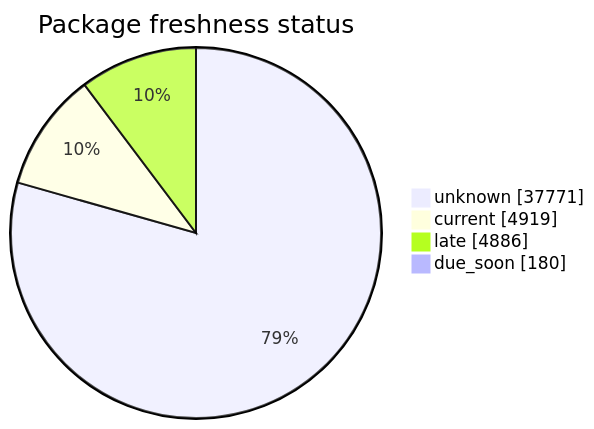
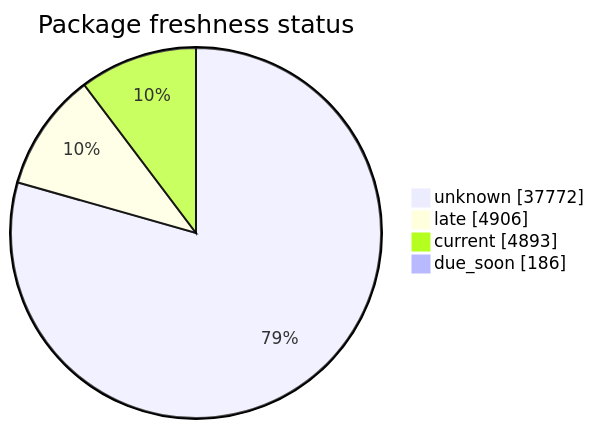
The second of 5 diagrams in FreshCheck/README.md (open-data/analytics-corporate-reporting), drawn with Mermaid before and after one commit. The commit also changed other lines of this file and 3 other files, not shown here.

````diff
--- a/FreshCheck/README.md
+++ b/FreshCheck/README.md
@@ -68,7 +68,7 @@
 ```mermaid
 pie showData title Package freshness status
-    "unknown": 37771
-    "current": 4919
-    "late": 4886
-    "due_soon": 180
+    "unknown": 37772
+    "late": 4906
+    "current": 4893
+    "due_soon": 186
 ```
````
